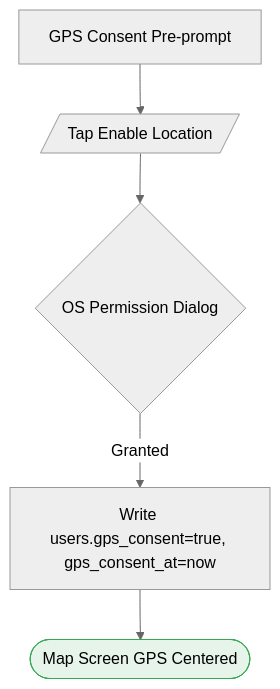
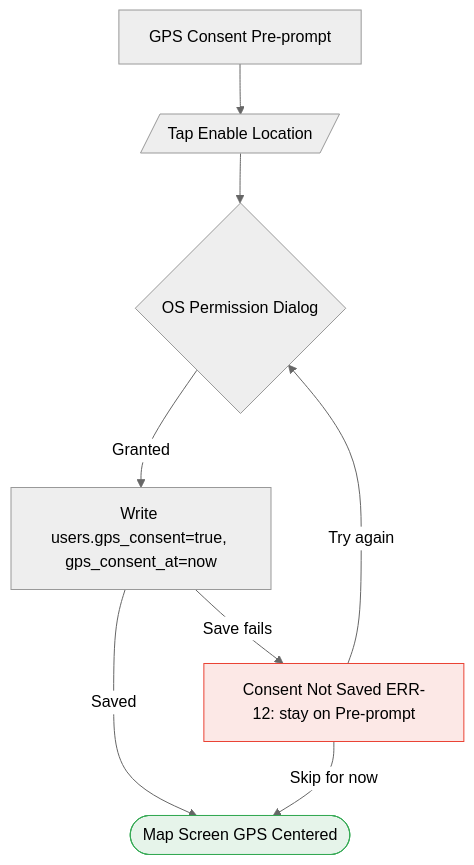
Before and after one commit to kumbayaya1804/GottaGo: the second of 16 diagrams in docs/design/flows.md, drawn with Mermaid (neutral theme). The commit also changed other lines of this file and 15 other files, not shown here.

First line of the commit message:
fix(auth): GPS consent no longer reports success when saving consent fails

````diff
--- a/docs/design/flows.md
+++ b/docs/design/flows.md
@@ -52,15 +55,19 @@
 ```mermaid
 flowchart TD
     PrePrompt[GPS Consent Pre-prompt]
     TapEnable[/Tap Enable Location/]
     OSDialog{OS Permission Dialog}
     Write[Write users.gps_consent=true, gps_consent_at=now]
     MapGPS([Map Screen GPS Centered])
 
     PrePrompt --> TapEnable
     TapEnable --> OSDialog
     OSDialog -->|Granted| Write
-    Write --> MapGPS
+    Write -->|Saved| MapGPS
+    Write -->|Save fails| ConsentError[Consent Not Saved ERR-12: stay on Pre-prompt]
+    ConsentError -->|Try again| OSDialog
+    ConsentError -->|Skip for now| MapGPS
 
     style MapGPS fill:#E6F4EA,stroke:#34A853
+    style ConsentError fill:#FCE8E6,stroke:#EA4335
 ```
````
